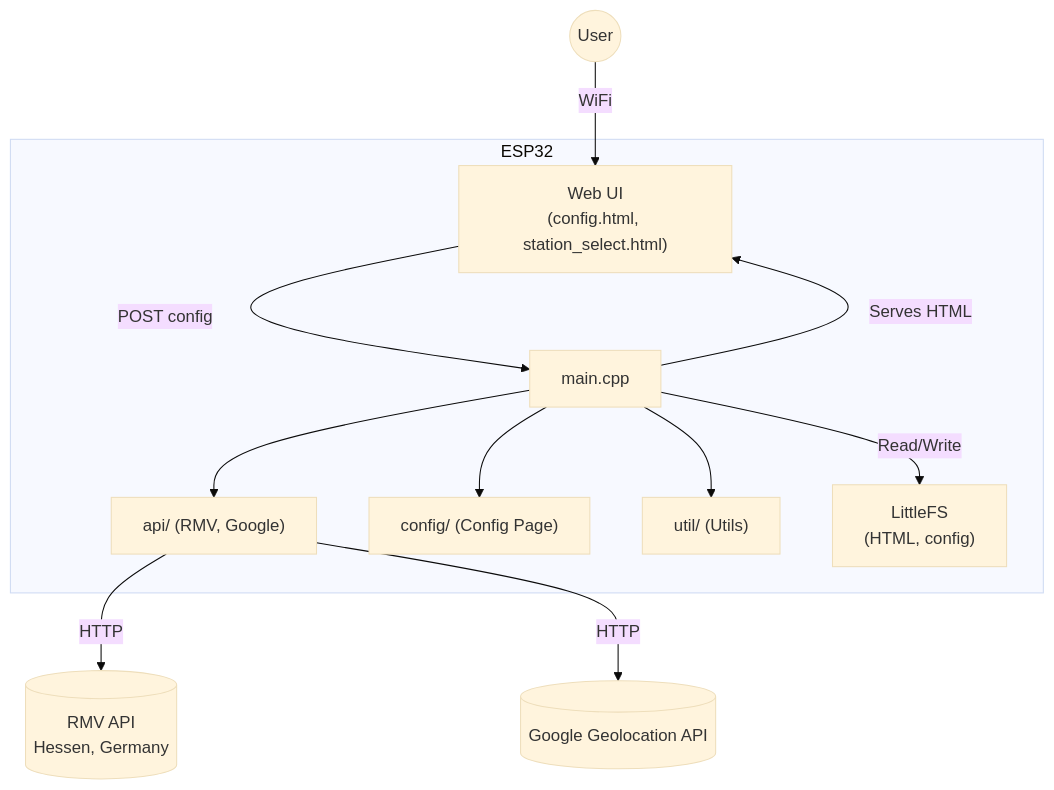
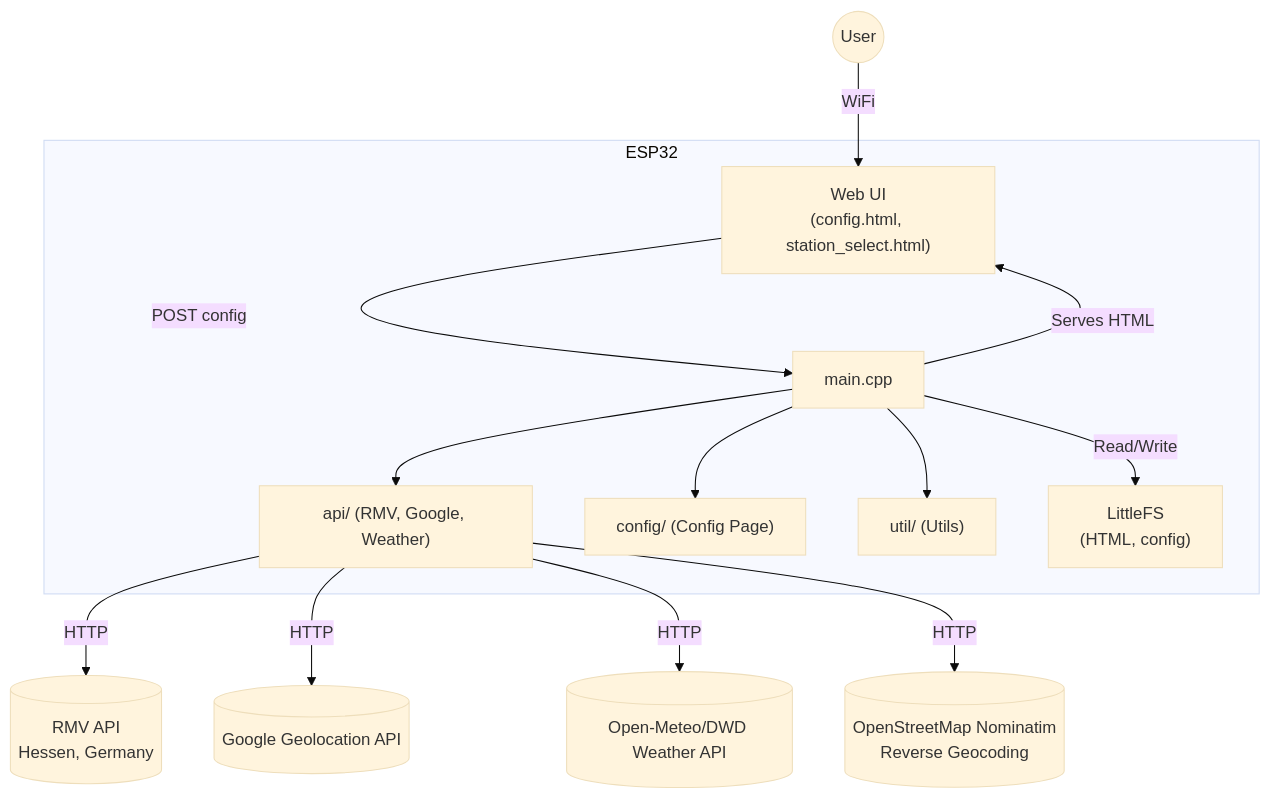
Before and after one commit to gogo-boot/e-board: the first of 3 diagrams in README.md, drawn with Mermaid (base theme). The commit also changed other lines of this file, not shown here.

````diff
--- a/README.md
+++ b/README.md
@@ -28,21 +36,23 @@
 ```mermaid
 flowchart TD
     User((User))
     subgraph ESP32
       WebUI["Web UI<br/>(config.html, station_select.html)"]
       MainApp["main.cpp"]
-      API["api/ (RMV, Google)"]
+      API["api/ (RMV, Google, Weather)"]
       Config["config/ (Config Page)"]
       Util["util/ (Utils)"]
       LittleFS["LittleFS<br/>(HTML, config)"]
       MainApp -->|"Serves HTML"| WebUI
       WebUI -->|"POST config"| MainApp
       MainApp -->|"Read/Write"| LittleFS
       MainApp --> API
       MainApp --> Config
       MainApp --> Util
     end
     API -->|"HTTP"| RMV[("RMV API<br/>Hessen, Germany")]
     API -->|"HTTP"| Google[("Google Geolocation API")]
+    API -->|"HTTP"| Weather[("Open-Meteo/DWD Weather API")]
+    API -->|"HTTP"| Nominatim[("OpenStreetMap Nominatim<br/>Reverse Geocoding")]
     User -->|"WiFi"| WebUI
 ```
````
